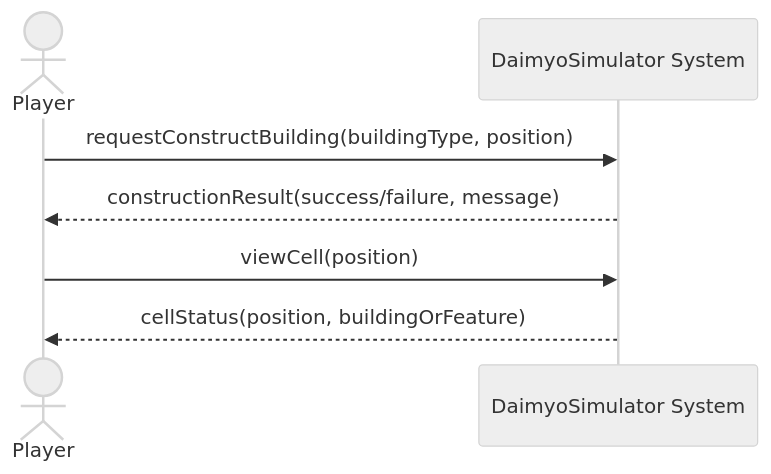
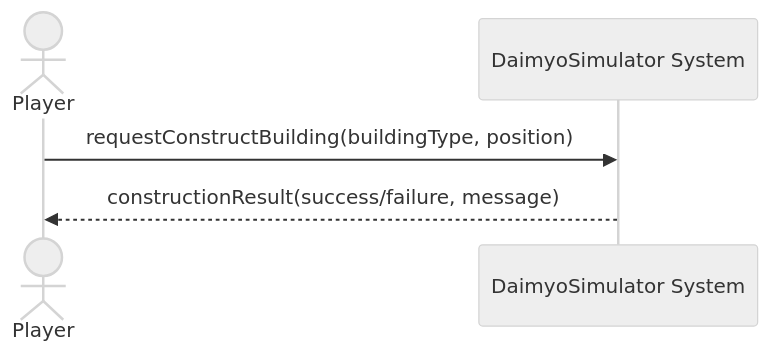
The third of 14 diagrams in docs/DesignDocument.md (edope704/DaimyoSimulator), drawn with Mermaid (neutral theme) before and after one commit. The commit also changed other lines of this file, not shown here.

````diff
--- a/docs/DesignDocument.md
+++ b/docs/DesignDocument.md
@@ -208,10 +145,7 @@
 ```mermaid
 sequenceDiagram
     actor Player
     participant System as DaimyoSimulator System
-
     Player->>System: requestConstructBuilding(buildingType, position)
     System-->>Player: constructionResult(success/failure, message)
-    Player->>System: viewCell(position)
-    System-->>Player: cellStatus(position, buildingOrFeature)
 ```
````
